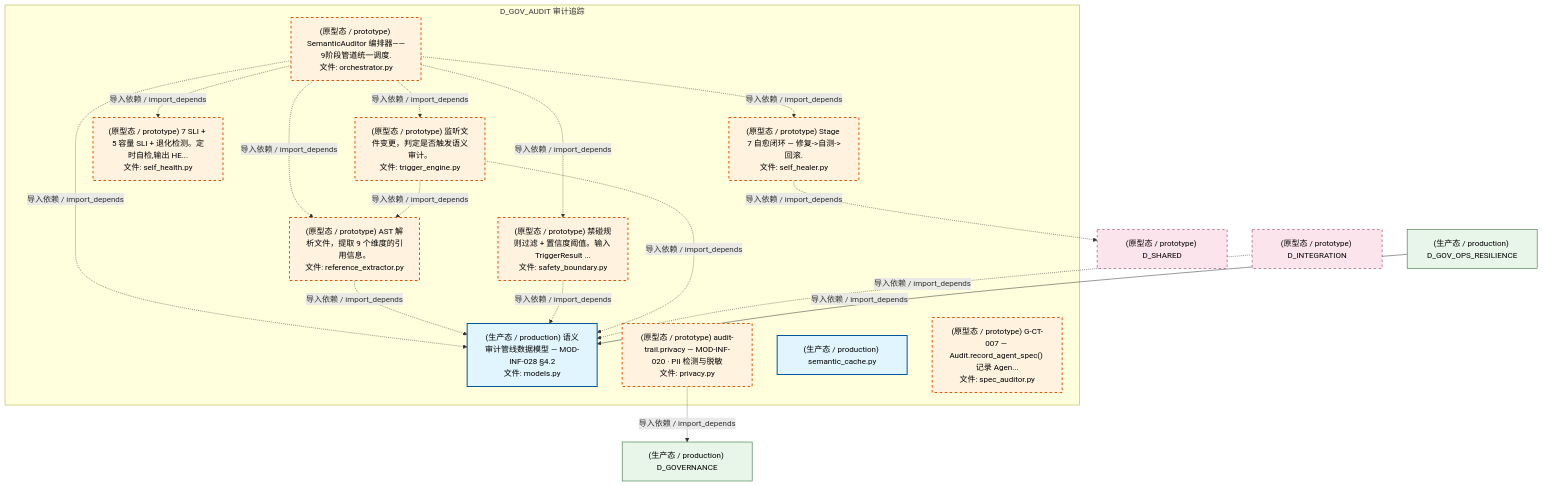
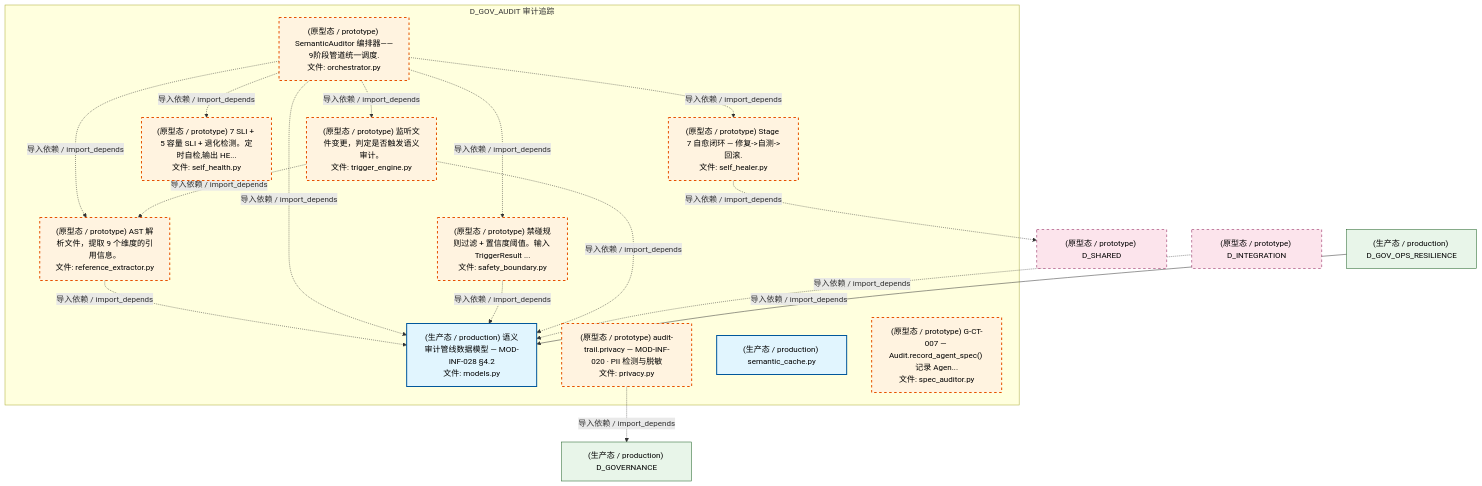
One commit to xuanFelixVan/ZephyrAlpha changed the fourth of 8 diagrams in docs/02_enterprise_architecture/02_domain_architecture_docs/39_d_gov_audit.md. Above: the diagram before and after it, drawn with Mermaid. The commit also changed other lines of this file and 101 other files, not shown here.

````diff
--- a/docs/02_enterprise_architecture/02_domain_architecture_docs/39_d_gov_audit.md
+++ b/docs/02_enterprise_architecture/02_domain_architecture_docs/39_d_gov_audit.md
@@ -449,41 +450,41 @@
 ```mermaid
 graph TD
     subgraph D_GOV_AUDIT["D_GOV_AUDIT 审计追踪"]
         src_zephyr_governance_semantic_audit_models_py["(生产态 / production) 语义审计管线数据模型 — MOD-INF-028 §4.2<br/>文件: models.py"]
         src_zephyr_governance_semantic_audit_orchestrator_py["(原型态 / prototype) SemanticAuditor 编排器——9阶段管道统一调度.<br/>文件: orchestrator.py"]
         src_zephyr_governance_semantic_audit_privacy_py["(原型态 / prototype) audit-trail.privacy — MOD-INF-020 · PII 检测与脱敏<br/>文件: privacy.py"]
         src_zephyr_governance_semantic_audit_reference_extractor_py["(原型态 / prototype) AST 解析文件，提取 9 个维度的引用信息。<br/>文件: reference_extractor.py"]
         src_zephyr_governance_semantic_audit_safety_boundary_py["(原型态 / prototype) 禁碰规则过滤 + 置信度阈值。输入 TriggerResult ...<br/>文件: safety_boundary.py"]
         src_zephyr_governance_semantic_audit_self_healer_py["(原型态 / prototype) Stage 7 自愈闭环 — 修复->自测->回滚.<br/>文件: self_healer.py"]
         src_zephyr_governance_semantic_audit_self_health_py["(原型态 / prototype) 7 SLI + 5 容量 SLI + 退化检测。定时自检,输出 HE...<br/>文件: self_health.py"]
         src_zephyr_governance_semantic_audit_semantic_cache_py["(生产态 / production) semantic_cache.py"]
         src_zephyr_governance_semantic_audit_spec_auditor_py["(原型态 / prototype) G-CT-007 — Audit.record_agent_spec() 记录 Agen...<br/>文件: spec_auditor.py"]
         src_zephyr_governance_semantic_audit_trigger_engine_py["(原型态 / prototype) 监听文件变更，判定是否触发语义审计。<br/>文件: trigger_engine.py"]
     end
+    src_zephyr_governance_semantic_audit_reference_extractor_py -.->|导入依赖 / import_depends| src_zephyr_governance_semantic_audit_models_py
+    src_zephyr_governance_semantic_audit_orchestrator_py -.->|导入依赖 / import_depends| src_zephyr_governance_semantic_audit_reference_extractor_py
     src_zephyr_governance_semantic_audit_orchestrator_py -.->|导入依赖 / import_depends| src_zephyr_governance_semantic_audit_models_py
-    src_zephyr_governance_semantic_audit_orchestrator_py -.->|导入依赖 / import_depends| src_zephyr_governance_semantic_audit_reference_extractor_py
+    src_zephyr_governance_semantic_audit_orchestrator_py -.->|导入依赖 / import_depends| src_zephyr_governance_semantic_audit_safety_boundary_py
     src_zephyr_governance_semantic_audit_orchestrator_py -.->|导入依赖 / import_depends| src_zephyr_governance_semantic_audit_self_healer_py
-    src_zephyr_governance_semantic_audit_orchestrator_py -.->|导入依赖 / import_depends| src_zephyr_governance_semantic_audit_safety_boundary_py
+    src_zephyr_governance_semantic_audit_orchestrator_py -.->|导入依赖 / import_depends| src_zephyr_governance_semantic_audit_trigger_engine_py
     src_zephyr_governance_semantic_audit_orchestrator_py -.->|导入依赖 / import_depends| src_zephyr_governance_semantic_audit_self_health_py
-    src_zephyr_governance_semantic_audit_orchestrator_py -.->|导入依赖 / import_depends| src_zephyr_governance_semantic_audit_trigger_engine_py
-    src_zephyr_governance_semantic_audit_reference_extractor_py -.->|导入依赖 / import_depends| src_zephyr_governance_semantic_audit_models_py
     src_zephyr_governance_semantic_audit_safety_boundary_py -.->|导入依赖 / import_depends| src_zephyr_governance_semantic_audit_models_py
+    src_zephyr_governance_semantic_audit_trigger_engine_py -.->|导入依赖 / import_depends| src_zephyr_governance_semantic_audit_reference_extractor_py
     src_zephyr_governance_semantic_audit_trigger_engine_py -.->|导入依赖 / import_depends| src_zephyr_governance_semantic_audit_models_py
-    src_zephyr_governance_semantic_audit_trigger_engine_py -.->|导入依赖 / import_depends| src_zephyr_governance_semantic_audit_reference_extractor_py
     D_GOVERNANCE["(生产态 / production) D_GOVERNANCE"]
     src_zephyr_governance_semantic_audit_privacy_py -.->|导入依赖 / import_depends| D_GOVERNANCE
     D_SHARED["(原型态 / prototype) D_SHARED"]
     src_zephyr_governance_semantic_audit_self_healer_py -.->|导入依赖 / import_depends| D_SHARED
     D_INTEGRATION["(原型态 / prototype) D_INTEGRATION"]
     D_INTEGRATION -.->|导入依赖 / import_depends| src_zephyr_governance_semantic_audit_models_py
     D_GOV_OPS_RESILIENCE["(生产态 / production) D_GOV_OPS_RESILIENCE"]
     D_GOV_OPS_RESILIENCE -->|导入依赖 / import_depends| src_zephyr_governance_semantic_audit_models_py
     classDef production fill:#e1f5fe,stroke:#01579b,stroke-width:2px,color:#000
     classDef design fill:#fff3e0,stroke:#e65100,stroke-width:2px,color:#000,stroke-dasharray: 5 5
     classDef external_prod fill:#e8f5e9,stroke:#1b5e20,stroke-width:1px,color:#000
     classDef external_design fill:#fce4ec,stroke:#880e4f,stroke-width:1px,color:#000,stroke-dasharray: 5 5
     class src_zephyr_governance_semantic_audit_models_py,src_zephyr_governance_semantic_audit_semantic_cache_py production
     class src_zephyr_governance_semantic_audit_orchestrator_py,src_zephyr_governance_semantic_audit_privacy_py,src_zephyr_governance_semantic_audit_reference_extractor_py,src_zephyr_governance_semantic_audit_safety_boundary_py,src_zephyr_governance_semantic_audit_self_healer_py,src_zephyr_governance_semantic_audit_self_health_py,src_zephyr_governance_semantic_audit_spec_auditor_py,src_zephyr_governance_semantic_audit_trigger_engine_py design
     class D_GOVERNANCE,D_GOV_OPS_RESILIENCE external_prod
     class D_SHARED,D_INTEGRATION external_design
 ```
````
